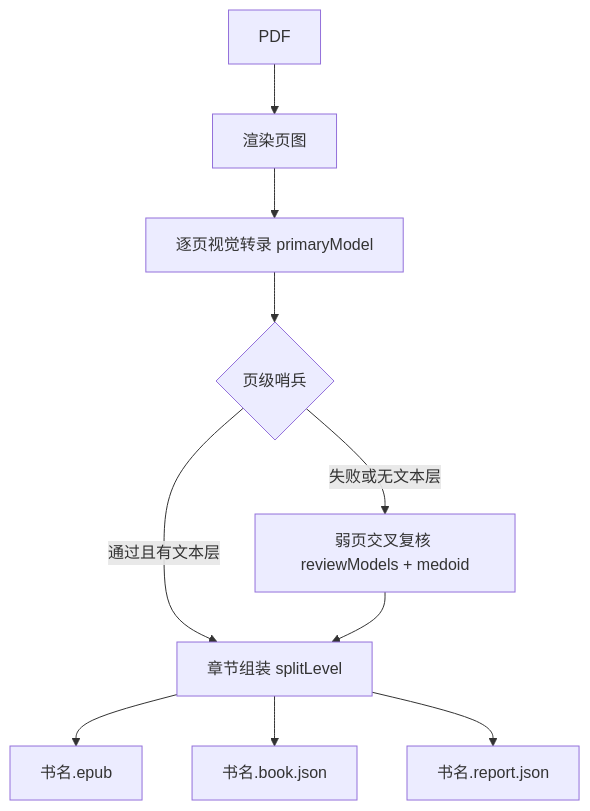
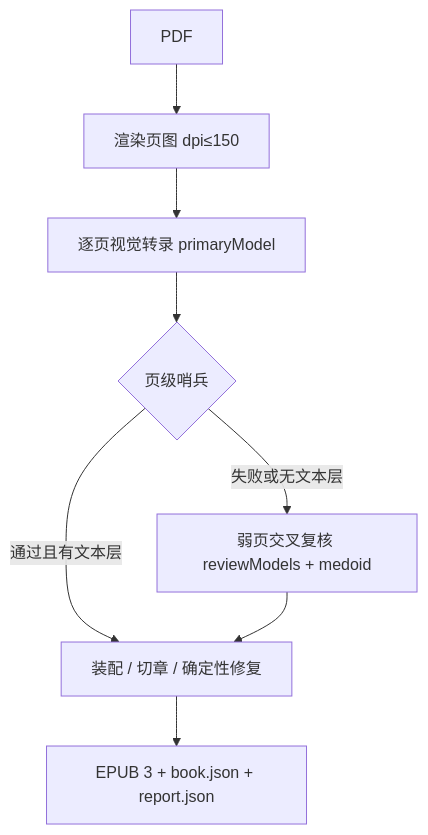
Before and after one commit to Solaris136/dsh-pdf2epub: the diagram in README.md, drawn with Mermaid. The commit also changed other lines of this file and 20 other files, not shown here.

````diff
--- a/README.md
+++ b/README.md
@@ -14,12 +17,10 @@
 ```mermaid
 flowchart TD
-  A[PDF] --> B[渲染页图]
+  A[PDF] --> B[渲染页图 dpi≤150]
   B --> C[逐页视觉转录 primaryModel]
   C --> D{页级哨兵}
-  D -- 通过且有文本层 --> F[章节组装 splitLevel]
+  D -- 通过且有文本层 --> F[装配 / 切章 / 确定性修复]
   D -- 失败或无文本层 --> E[弱页交叉复核 reviewModels + medoid]
   E --> F
-  F --> G[书名.epub]
-  F --> H[书名.book.json]
-  F --> I[书名.report.json]
+  F --> G[EPUB 3 + book.json + report.json]
 ```
````
